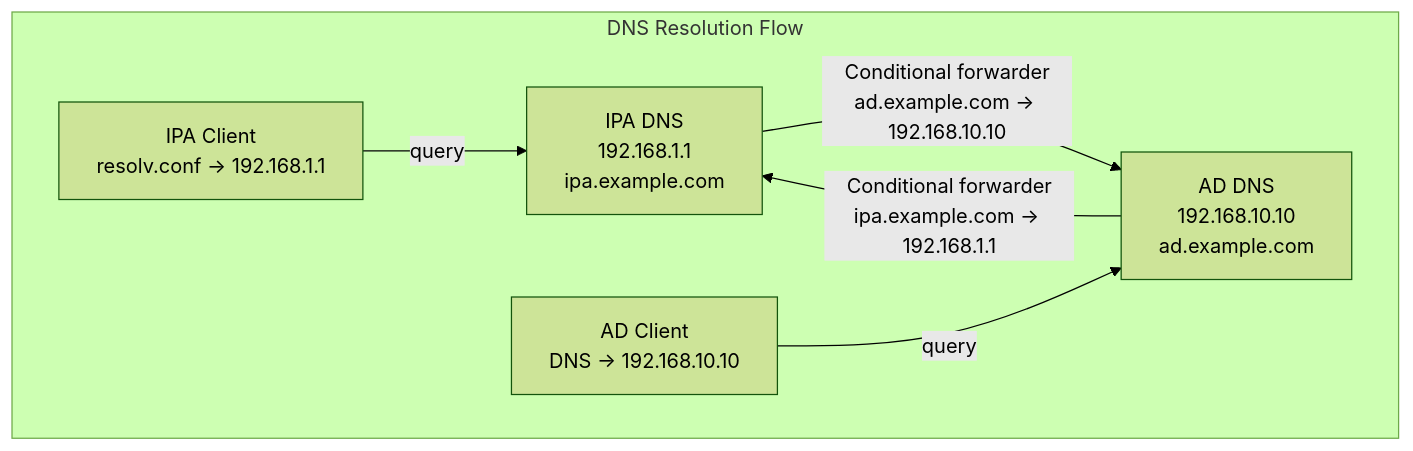
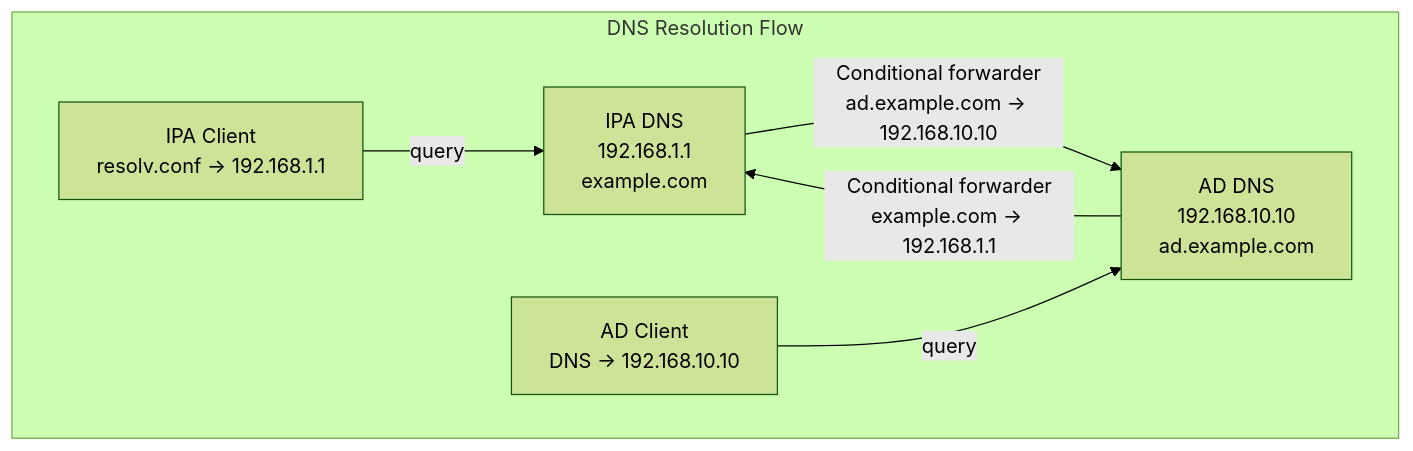
The sixth of 15 diagrams in 11_ad_trust.md (UncleJS/course_FreeIPA), drawn with Mermaid (forest theme) before and after one commit. The commit also changed other lines of this file and 22 other files, not shown here.

````diff
--- a/11_ad_trust.md
+++ b/11_ad_trust.md
@@ -293,16 +293,16 @@
 ```mermaid
 graph TD
     subgraph DNS Resolution Flow
-        IPA_DNS[IPA DNS<br/>192.168.1.1<br/>ipa.example.com]
+        IPA_DNS[IPA DNS<br/>192.168.1.1<br/>example.com]
         AD_DNS[AD DNS<br/>192.168.10.10<br/>ad.example.com]
 
         IPA_DNS -->|"Conditional forwarder<br/>ad.example.com → 192.168.10.10"| AD_DNS
-        AD_DNS -->|"Conditional forwarder<br/>ipa.example.com → 192.168.1.1"| IPA_DNS
+        AD_DNS -->|"Conditional forwarder<br/>example.com → 192.168.1.1"| IPA_DNS
 
         IPA_CLIENT[IPA Client<br/>resolv.conf → 192.168.1.1]
         AD_CLIENT[AD Client<br/>DNS → 192.168.10.10]
 
         IPA_CLIENT -->|query| IPA_DNS
         AD_CLIENT -->|query| AD_DNS
     end
 ```
````
